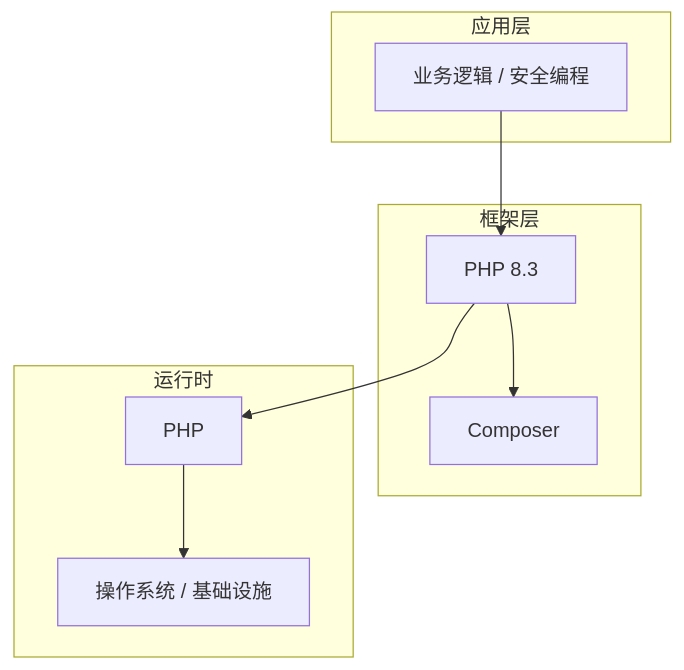
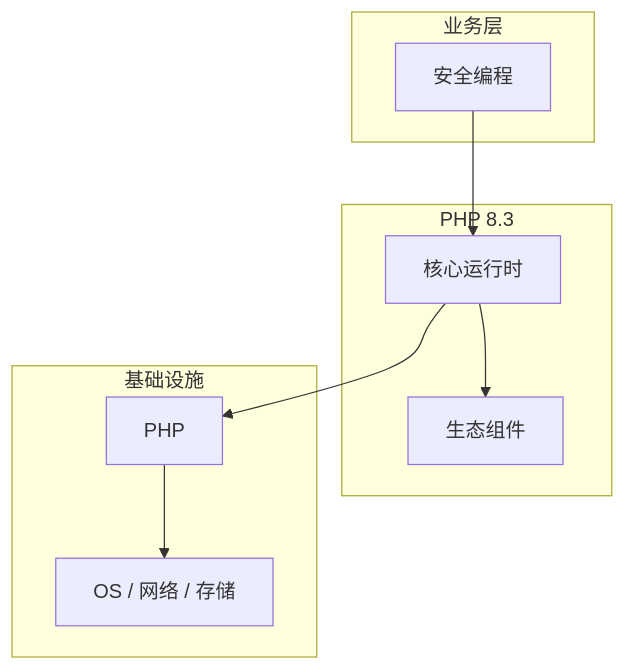
The diagram in articles/PHP/chapters/071-安全编程核心概念与原理.md (yanggan2015/knowledge-json-v2), drawn with Mermaid before and after one commit. The commit also changed other lines of this file and 10127 other files, not shown here.

````diff
--- a/articles/PHP/chapters/071-安全编程核心概念与原理.md
+++ b/articles/PHP/chapters/071-安全编程核心概念与原理.md
@@ -45,18 +34,18 @@
 ```mermaid
 graph TB
-    subgraph 应用层
-        A[业务逻辑 / 安全编程]
+    subgraph 业务层
+        A[安全编程]
     end
-    subgraph 框架层
-        B[PHP 8.3]
-        C[Composer]
+    subgraph PHP 8.3
+        B[核心运行时]
+        C[生态组件]
     end
-    subgraph 运行时
+    subgraph 基础设施
         D[PHP]
-        E[操作系统 / 基础设施]
+        E[OS / 网络 / 存储]
     end
     A --> B
     B --> C
     B --> D
     D --> E
 ```
````
